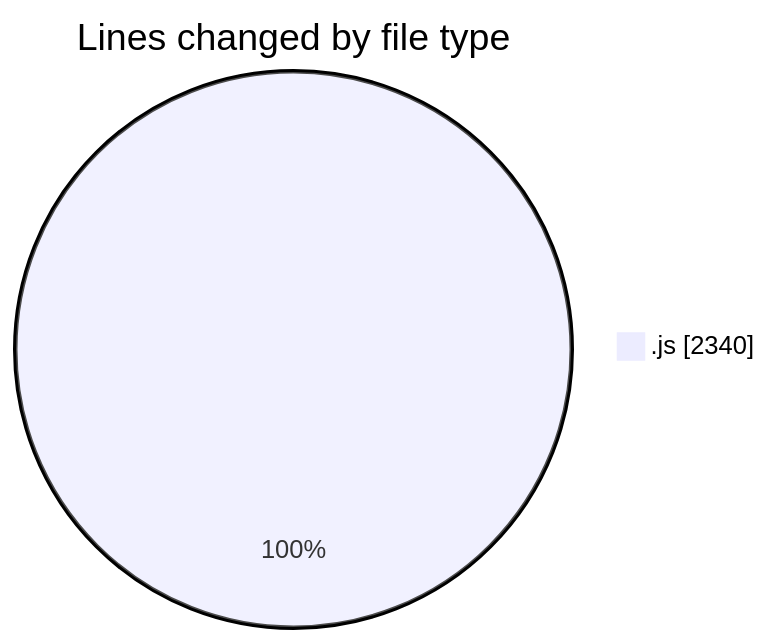
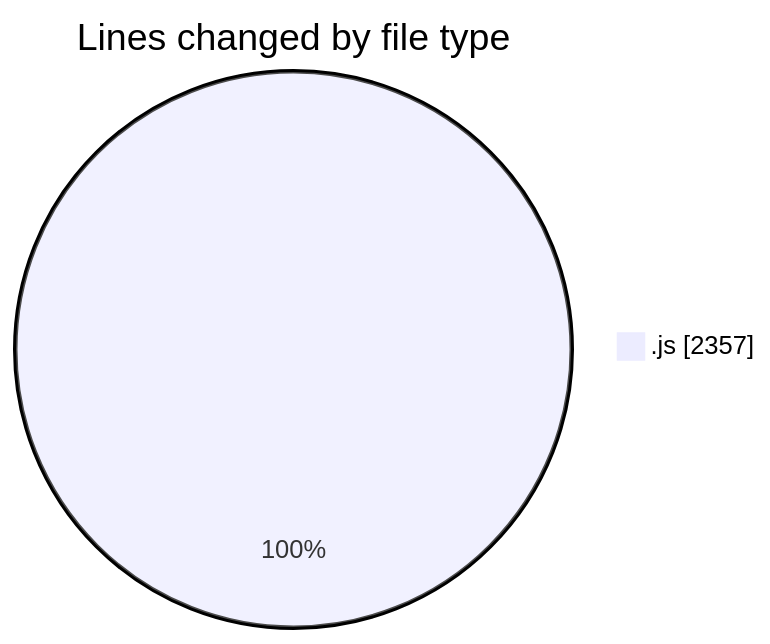
The first of 2 diagrams in 2025-08-11/nxtqube_webapp/README.md (nxtqubesakshisongat/code-tracking), drawn with Mermaid before and after one commit. The commit also changed other lines of this file and 1 other file, not shown here.

````diff
--- a/2025-08-11/nxtqube_webapp/README.md
+++ b/2025-08-11/nxtqube_webapp/README.md
@@ -21,5 +21,5 @@
 ```mermaid
 pie showData
 title Lines changed by file type
-".js" : 2340
+".js" : 2357
 ```
````
